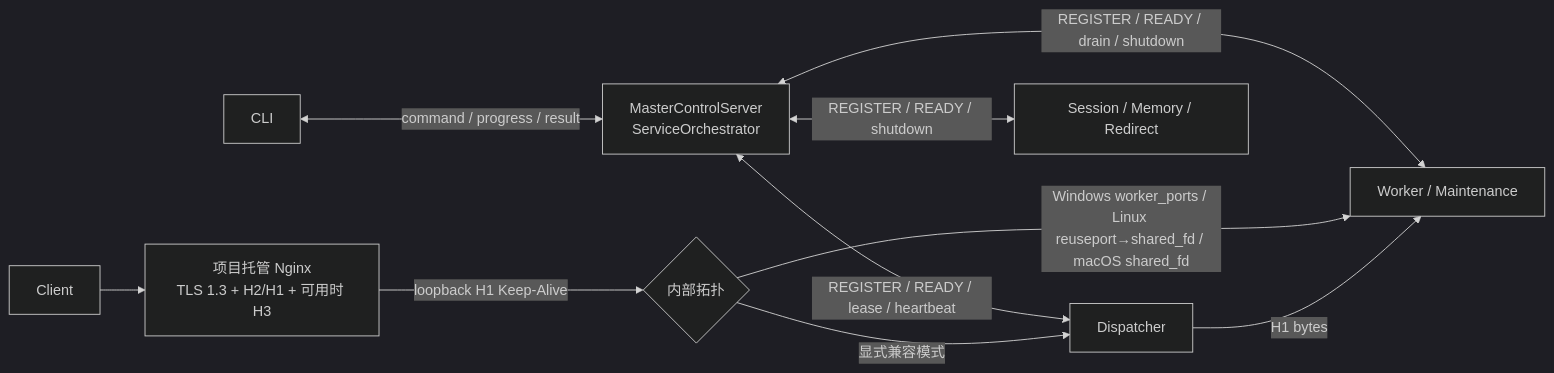
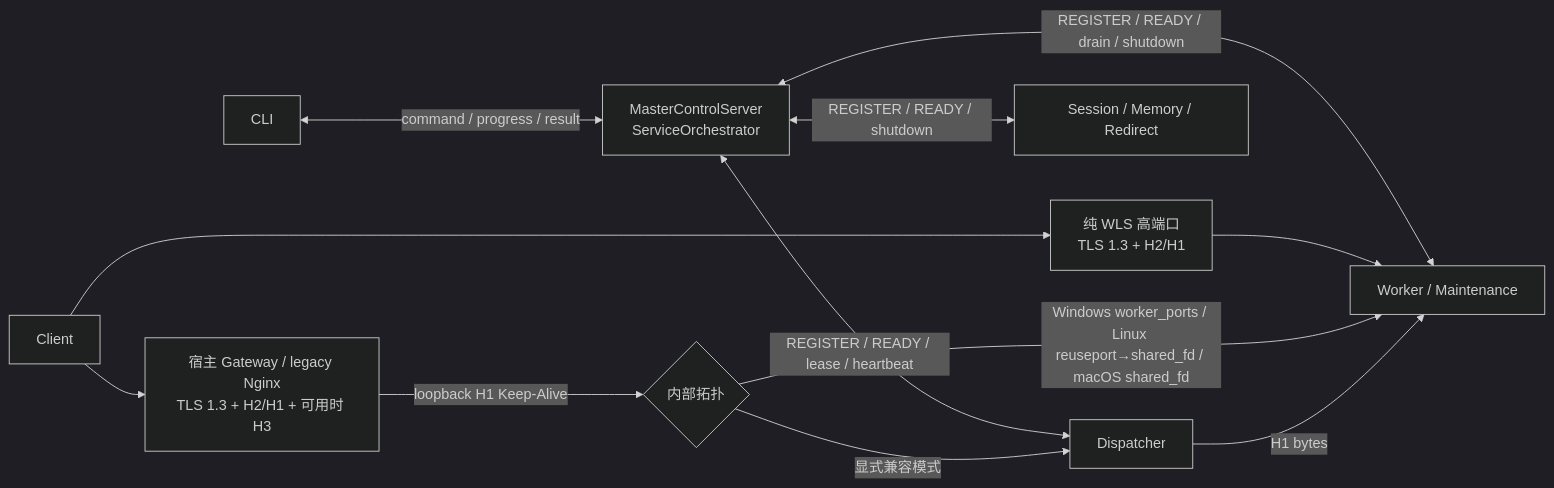
One commit to Aiweline/WelineFramework changed the first of 3 diagrams in app/code/Weline/Server/doc/IPC控制通道架构.md. Above: the diagram before and after it, drawn with Mermaid (dark theme). The commit also changed other lines of this file and 313 other files, not shown here.

````diff
--- a/app/code/Weline/Server/doc/IPC控制通道架构.md
+++ b/app/code/Weline/Server/doc/IPC控制通道架构.md
@@ -11,12 +11,14 @@
 ```mermaid
 flowchart LR
   CLI["CLI"] <-->|"command / progress / result"| MASTER["MasterControlServer\nServiceOrchestrator"]
   MASTER <-->|"REGISTER / READY / lease / heartbeat"| DISP["Dispatcher"]
   MASTER <-->|"REGISTER / READY / drain / shutdown"| WORKER["Worker / Maintenance"]
   MASTER <-->|"REGISTER / READY / shutdown"| SIDE["Session / Memory / Redirect"]
-  CLIENT["Client"] --> NGINX["项目托管 Nginx\nTLS 1.3 + H2/H1 + 可用时 H3"]
-  NGINX -->|"loopback H1 Keep-Alive"| ROUTE{"内部拓扑"}
+  CLIENT["Client"] --> EDGE["宿主 Gateway / legacy Nginx\nTLS 1.3 + H2/H1 + 可用时 H3"]
+  CLIENT --> PURE["纯 WLS 高端口\nTLS 1.3 + H2/H1"]
+  EDGE -->|"loopback H1 Keep-Alive"| ROUTE{"内部拓扑"}
+  PURE --> WORKER
   ROUTE -->|"显式兼容模式"| DISP
   ROUTE -->|"Windows worker_ports / Linux reuseport→shared_fd / macOS shared_fd"| WORKER
   DISP -->|"H1 bytes"| WORKER
 ```
````
